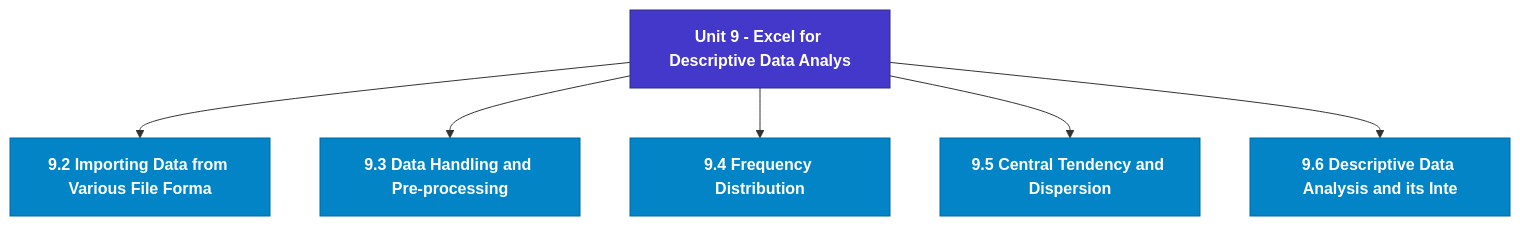
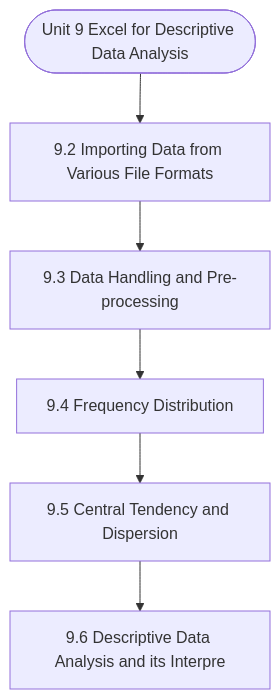
The diagram in notes/Semester_1/MCS-062_Introduction_to_Data_Science/unit_09_Excel_for_Descriptive_Data_Analysis.md (Asutosh-Coaching/mscdsa), drawn with Mermaid before and after one commit. The commit also changed other lines of this file and 115 other files, not shown here.

Commit message:
Fix Mermaid layout for mobile, isolate LaTeX delimiters, and add GitHub Pages reader

````diff
--- a/notes/Semester_1/MCS-062_Introduction_to_Data_Science/unit_09_Excel_for_Descriptive_Data_Analysis.md
+++ b/notes/Semester_1/MCS-062_Introduction_to_Data_Science/unit_09_Excel_for_Descriptive_Data_Analysis.md
@@ -19,19 +19,14 @@
 ```mermaid
 flowchart TD
-  %% Styling Definitions
-  classDef head fill:#4338ca,stroke:#312e81,color:#ffffff,font-weight:bold;
-  classDef topic fill:#0284c7,stroke:#0369a1,color:#ffffff,font-weight:600;
-  classDef sub fill:#1e293b,stroke:#475569,color:#f8fafc;
-
-  Root["Unit 9 - Excel for Descriptive Data Analys"]:::head
-  M1["9.2 Importing Data from Various File Forma"]:::topic
-  Root --> M1
-  M2["9.3 Data Handling and Pre-processing"]:::topic
-  Root --> M2
-  M3["9.4 Frequency Distribution"]:::topic
-  Root --> M3
-  M4["9.5 Central Tendency and Dispersion"]:::topic
-  Root --> M4
-  M5["9.6 Descriptive Data Analysis and its Inte"]:::topic
-  Root --> M5
+  Start(["Unit 9 Excel for Descriptive Data Analysis"])
+  N1["9.2 Importing Data from Various File Formats"]
+  N2["9.3 Data Handling and Pre-processing"]
+  N3["9.4 Frequency Distribution"]
+  N4["9.5 Central Tendency and Dispersion"]
+  N5["9.6 Descriptive Data Analysis and its Interpre"]
+  Start --> N1
+  N1 --> N2
+  N2 --> N3
+  N3 --> N4
+  N4 --> N5
 ```
````
